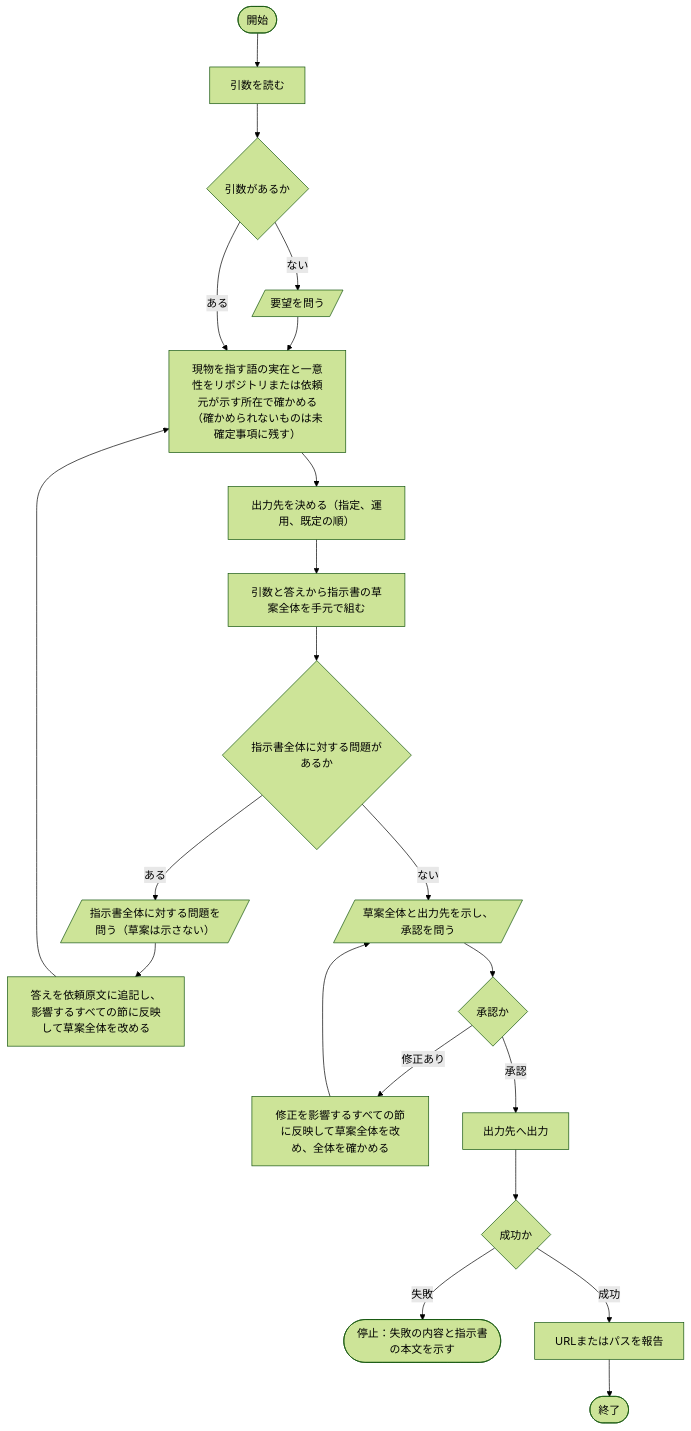
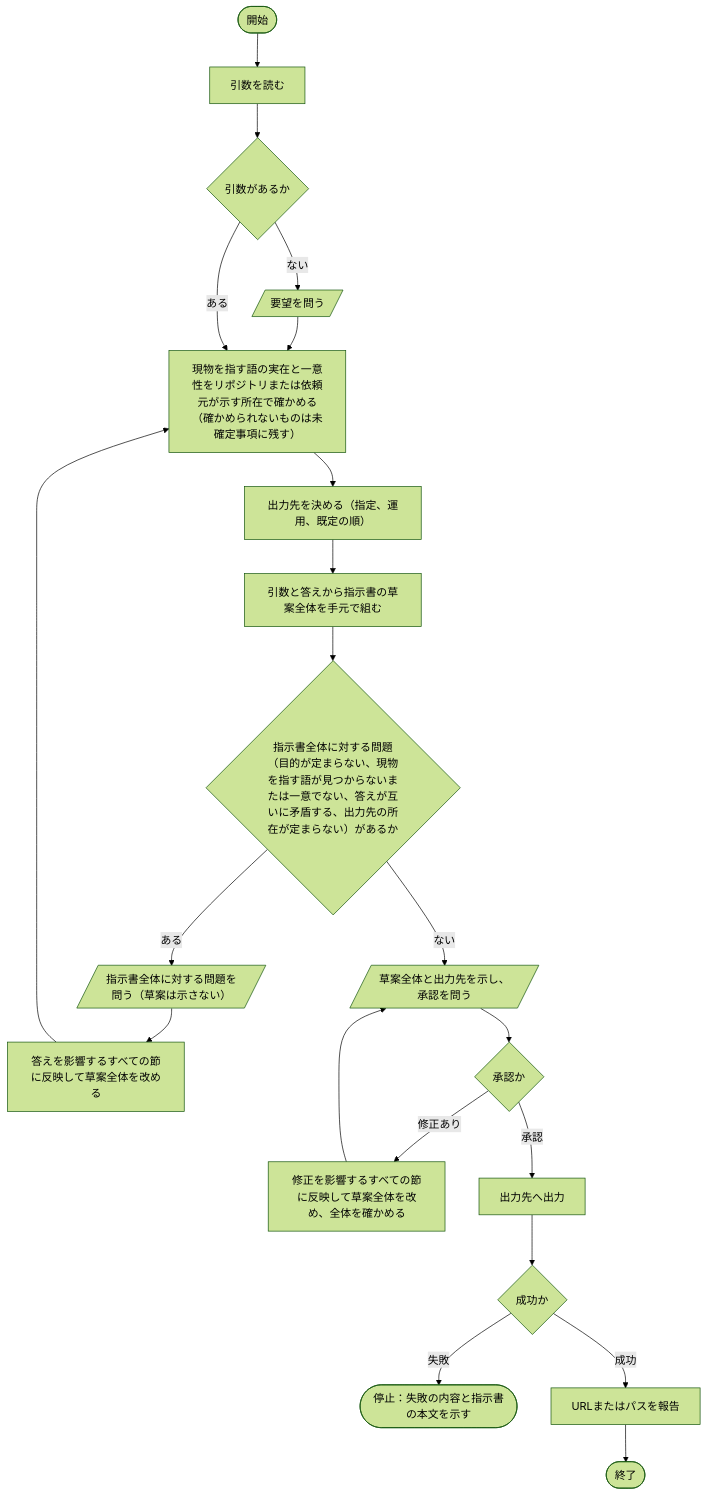
Before and after one commit to bizhermit/hermit-works: the diagram in docs/design/skills/request.md, drawn with Mermaid (forest theme). The commit also changed other lines of this file and 7 other files, not shown here.

````diff
--- a/docs/design/skills/request.md
+++ b/docs/design/skills/request.md
@@ -16,23 +17,23 @@
 ```mermaid
 flowchart TD
     S([開始]) --> A1["引数を読む"]
     A1 --> A2{"引数があるか"}
     A2 -- ない --> A3[/"要望を問う"/]
     A3 --> B1
     A2 -- ある --> B1["現物を指す語の実在と一意性をリポジトリまたは依頼元が示す所在で確かめる（確かめられないものは未確定事項に残す）"]
     B1 --> C1["出力先を決める（指定、運用、既定の順）"]
     C1 --> D1["引数と答えから指示書の草案全体を手元で組む"]
-    D1 --> D2{"指示書全体に対する問題があるか"}
+    D1 --> D2{"指示書全体に対する問題（目的が定まらない、現物を指す語が見つからないまたは一意でない、答えが互いに矛盾する、出力先の所在が定まらない）があるか"}
     D2 -- ある --> D3[/"指示書全体に対する問題を問う（草案は示さない）"/]
-    D3 --> D4["答えを依頼原文に追記し、影響するすべての節に反映して草案全体を改める"]
+    D3 --> D4["答えを影響するすべての節に反映して草案全体を改める"]
     D4 --> B1
     D2 -- ない --> E1[/"草案全体と出力先を示し、承認を問う"/]
     E1 --> E2{"承認か"}
     E2 -- 修正あり --> E3["修正を影響するすべての節に反映して草案全体を改め、全体を確かめる"]
     E3 --> E1
     E2 -- 承認 --> F1["出力先へ出力"]
     F1 --> F2{"成功か"}
     F2 -- 失敗 --> X1(["停止：失敗の内容と指示書の本文を示す"])
     F2 -- 成功 --> F3["URLまたはパスを報告"]
     F3 --> T([終了])
 ```
````
